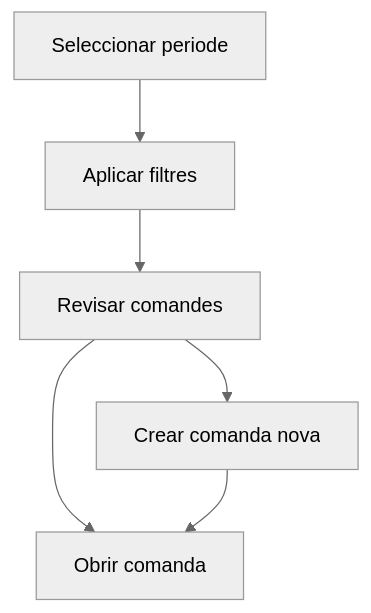
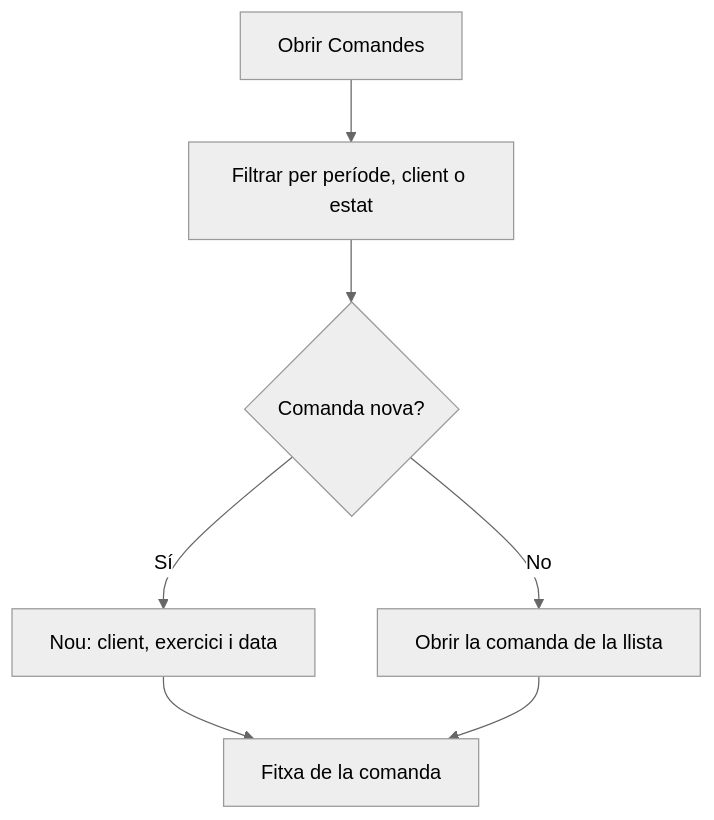
One commit to MGurtD/lilith changed the diagram in frontend/src/help/ca/sales/salesorder/list.md. Above: the diagram before and after it, drawn with Mermaid (neutral theme). The commit also changed other lines of this file and 331 other files, not shown here.

````diff
--- a/frontend/src/help/ca/sales/salesorder/list.md
+++ b/frontend/src/help/ca/sales/salesorder/list.md
@@ -41,8 +46,9 @@
 ```mermaid
 flowchart TD
-    A[Seleccionar periode] --> B[Aplicar filtres]
-    B --> C[Revisar comandes]
-    C --> D[Obrir comanda]
-    C --> E[Crear comanda nova]
-    E --> D
+    A[Obrir Comandes] --> B[Filtrar per període, client o estat]
+    B --> C{Comanda nova?}
+    C -->|Sí| D[Nou: client, exercici i data]
+    D --> E[Fitxa de la comanda]
+    C -->|No| F[Obrir la comanda de la llista]
+    F --> E
 ```
````
